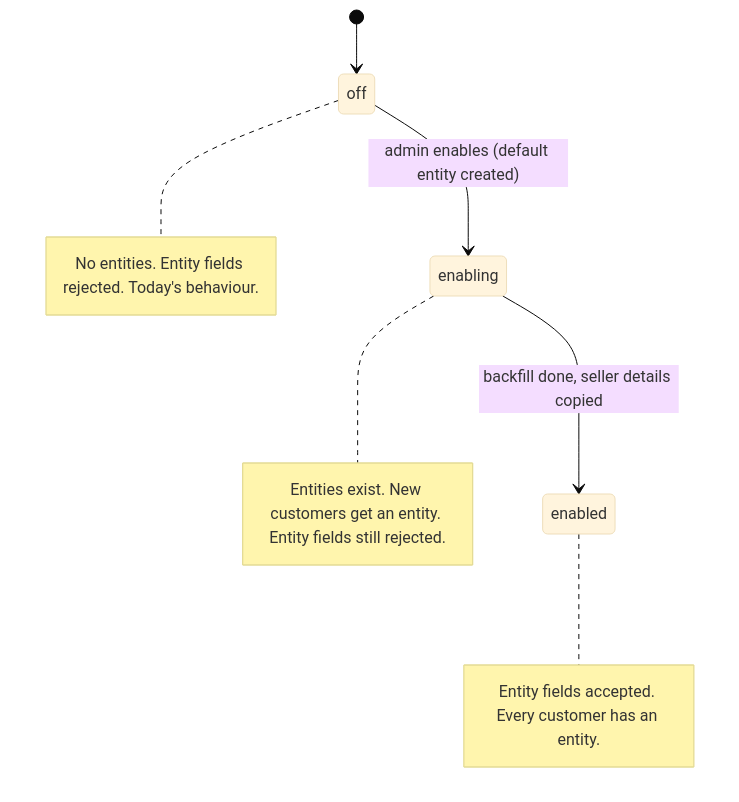
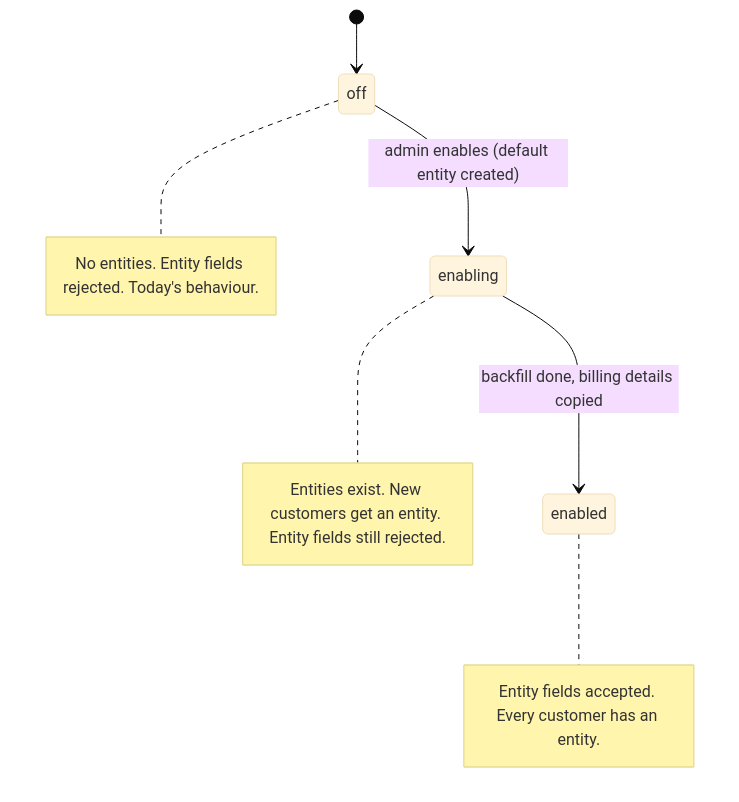
The third of 6 diagrams in docs/design/2026-10-27-billing-entities-p1-erd.md (flexprice/flexprice), drawn with Mermaid (base theme) before and after one commit. The commit also changed other lines of this file and 39 other files, not shown here.

First line of the commit message:
refactor(billing-entities): billing_details and billing_entity snapshot; drop legal_name

````diff
--- a/docs/design/2026-10-27-billing-entities-p1-erd.md
+++ b/docs/design/2026-10-27-billing-entities-p1-erd.md
@@ -361,9 +358,9 @@
 ```mermaid
 stateDiagram-v2
   [*] --> off
   off --> enabling: admin enables (default entity created)
-  enabling --> enabled: backfill done, seller details copied
+  enabling --> enabled: backfill done, billing details copied
   note right of off: No entities. Entity fields rejected. Today's behaviour.
   note right of enabling: Entities exist. New customers get an entity. Entity fields still rejected.
   note right of enabled: Entity fields accepted. Every customer has an entity.
 ```
````
